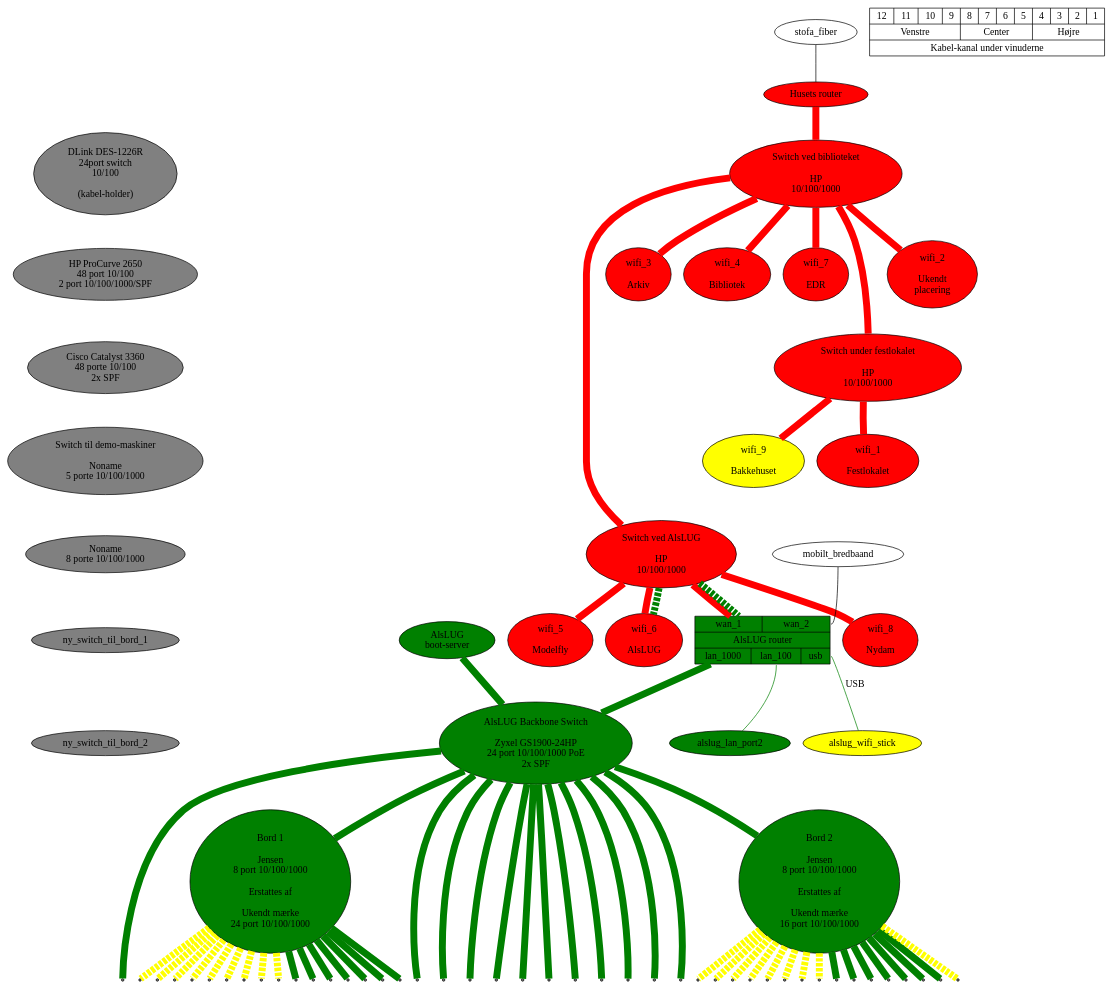
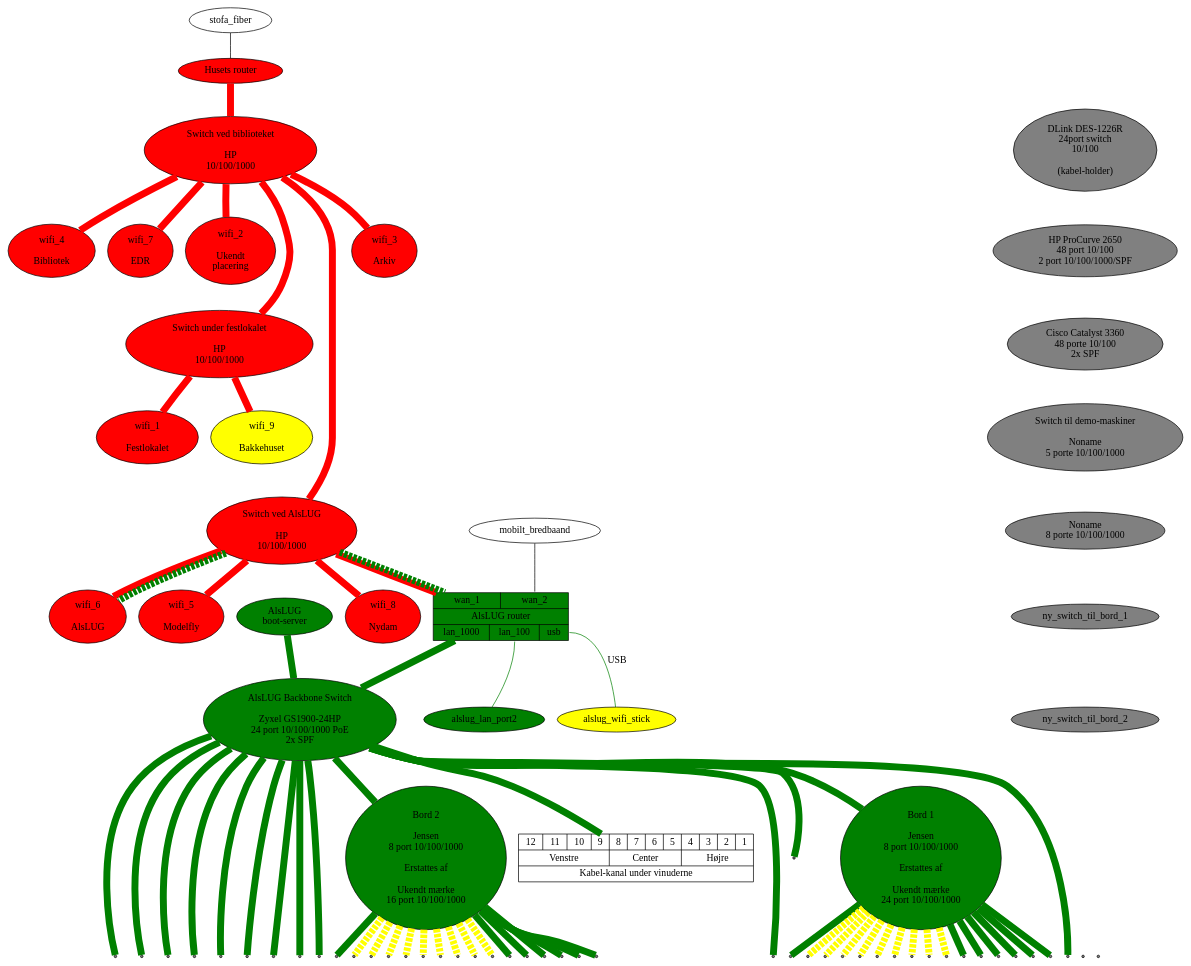
The diagram in projekter/network.dot (alslug/alslug.dk), drawn with Graphviz before and after one commit.

```diff
--- a/projekter/network.dot
+++ b/projekter/network.dot
@@ -1,101 +1,114 @@
 digraph xxx {
 #  link_12a [ shape=point ];
 #  link_12b [ shape=point ];
 #  link_12c [ shape=point ];
   edge [ dir=none penwidth=10 ];
 
   node [ style=filled fillcolor=red ];
   husets_router [ label="Husets router" ];
   husets_switch_1 [ label="Switch ved biblioteket\n\nHP\n10/100/1000" ];
   husets_switch_2 [ label="Switch ved AlsLUG\n\nHP\n10/100/1000" ];
   festlokale_switch [ label="Switch under festlokalet\n\nHP\n10/100/1000" ];
   wifi_1 [ label=" wifi_1 \n\n Festlokalet "                ];
   wifi_2 [ label=" wifi_2 \n\n Ukendt \n placering "        ];
   wifi_3 [ label=" wifi_3 \n\n Arkiv "                      ];
   wifi_4 [ label=" wifi_4 \n\n Bibliotek "                  ];
   wifi_5 [ label=" wifi_5 \n\n Modelfly "                   ];
   wifi_6 [ label=" wifi_6 \n\n AlsLUG "                     ];
   wifi_7 [ label=" wifi_7 \n\n EDR "                        ];
   wifi_8 [ label=" wifi_8 \n\n Nydam "                      ];
   wifi_9 [ label=" wifi_9 \n\n Bakkehuset" fillcolor=yellow ];
   
   node [ style=filled fillcolor=green ];
   alslug_router [ shape=record label="{{<wan_1> wan_1|<wan_2> wan_2}|AlsLUG router|{<lan_1000> lan_1000|<lan_100> lan_100|<usb> usb}}" ];
   alslug_gl_bootserver [ label="AlsLUG\nboot-server" ];
   alslug_backbone_switch [ label="AlsLUG Backbone Switch\n\nZyxel GS1900-24HP\n24 port 10/100/1000 PoE\n2x SPF"];
   bord_1 [ label="Bord 1\n\nJensen\n8 port 10/100/1000\n\n Erstattes af\n\nUkendt mærke\n24 port 10/100/1000"];
   bord_2 [ label="Bord 2\n\nJensen\n8 port 10/100/1000\n\n Erstattes af\n\nUkendt mærke\n16 port 10/100/1000"];
   alslug_wifi_stick alslug_lan_port2;
   
   // Udstyr som pt ikke bruges
   node [ style=filled fillcolor=gray ];
   switch_24p      [ label="DLink DES-1226R\n24port switch\n10/100\n\n(kabel-holder)"];
   switch_48p      [ label="HP ProCurve 2650\n48 port 10/100\n2 port 10/100/1000/SPF"];
   switch_48p_poe  [ label="Cisco Catalyst 3360\n48 porte 10/100\n2x SPF"];
   switch_5p       [ label="Switch til demo-maskiner\n\nNoname\n5 porte 10/100/1000" ];
   switch_8p       [ label="Noname\n8 porte 10/100/1000"];
   
   switch_24p -> switch_48p -> switch_48p_poe -> switch_5p -> switch_8p -> ny_switch_til_bord_1 -> ny_switch_til_bord_2 -> bord_1 [ color=invis ];
   
   
   node [ style=normal ];
   // Internet forbindelser
   stofa_fiber      -> husets_router:wan_1 [ penwidth=1 fillcolor=black style=filled ];
   mobilt_bredbaand -> alslug_router:wan_2 [ penwidth=1 fillcolor=black style=filled ];
   
   // Husets forbindelser
   edge  [ color=red style=solid ];
   husets_switch_1 -> festlokale_switch -> {             wifi_1                                                  wifi_9 };
   husets_router -> husets_switch_1 -> {                        wifi_2 wifi_3 wifi_4               wifi_7               };
   husets_switch_1 -> husets_switch_2 -> { alslug_router                             wifi_5 wifi_6        wifi_8        };
 
   // VLAN forbindelser over bakkensbros netværk
   edge  [ color=green style=dashed ];
   husets_switch_2 -> { alslug_router:wan_1 wifi_6 };
 
   alslug_wifi_stick [ fillcolor=yellow style=filled ];
 
   // Interne forbindelser
   edge [ color=green style=solid ];
   node [ shape=point ];
   
   {alslug_router:lan_1000 alslug_gl_bootserver} -> alslug_backbone_switch -> { bord_1 bord_2 
-                  vindue_left_12  vindue_left_11  vindue_left_10  vindue_left_9
+                  vindue:1
+                  vindue:2
+                  vindue:3
+                  vindue:4
+                  vindue:5
+                  vindue:6
+                  vindue:7
+                  vindue:8
+                  vindue:9
+                  vindue:10
+                  vindue:11
+                  vindue:12
+                  vinude_left_12  vindue_left_11  vindue_left_10  vindue_left_9
                   vindue_center_8 vindue_center_7 vindue_center_6 vindue_center_5
                   vindue_right_4  vindue_right_3  vindue_right_2  vindue_right_1
                   }
 
   alslug_router:usb -> alslug_wifi_stick [ penwidth=1 label="USB" ];
   alslug_router:lan_100 -> alslug_lan_port2 [ penwidth=1 ];
   
   bord_1 -> {
                   bord_1_1 bord_1_2 bord_1_3 bord_1_4 bord_1_5 bord_1_6 bord_1_7
                 };
   bord_1 -> {
                   bord_1_8 bord_1_9 bord_1_10 bord_1_11 bord_1_12 bord_1_13 bord_1_14 bord_1_15 bord_1_16
                 } [ style=dashed color=yellow ];
   bord_2 -> {
                   bord_2_1 bord_2_2 bord_2_3 bord_2_4 bord_2_5 bord_2_6 bord_2_7
                 };
   bord_2 -> {
                   bord_2_8 bord_2_9 bord_2_10 bord_2_11 bord_2_12 bord_2_13 bord_2_14 bord_2_15 bord_2_16
                 } [ style=dashed color=yellow ];
                 
   edge [ color=invis ];
   husets_switch_1 -> wifi_2 -> festlokale_switch -> wifi_1 -> husets_switch_2;
 
   vindue [ shape=record label="{{ {{<12>12|<11>11|<10>10|<9>9}  | Venstre }|
                                   {{<8>8|<7>7|<6>6|<5>5}        | Center  }|
                                   {{<4>4|<3>3|<2>2|<1>1}        | Højre   }}| Kabel-kanal under vinuderne }}" ];
 
   subgraph {
     rank = same;
+                  vinude;
                   vindue_left_12;   vindue_left_11;   vindue_left_10;   vindue_left_9;
                   vindue_center_8;  vindue_center_7;  vindue_center_6;  vindue_center_5;
                   vindue_right_4;   vindue_right_3;   vindue_right_2;   vindue_right_1;
                   bord_1_1;   bord_1_2;   bord_1_3;   bord_1_4;   bord_1_5;   bord_1_6;   bord_1_7;   bord_1_8;
                   bord_1_9;   bord_1_10;  bord_1_11;  bord_1_12;  bord_1_13;  bord_1_14;  bord_1_15;  bord_1_16;
                   bord_2_1;   bord_2_2;   bord_2_3;   bord_2_4;   bord_2_5;   bord_2_6;   bord_2_7;   bord_2_8;
                   bord_2_9;   bord_2_10;  bord_2_11;  bord_2_12;  bord_2_13;  bord_2_14;  bord_2_15;  bord_2_16;
   }
 }
```
